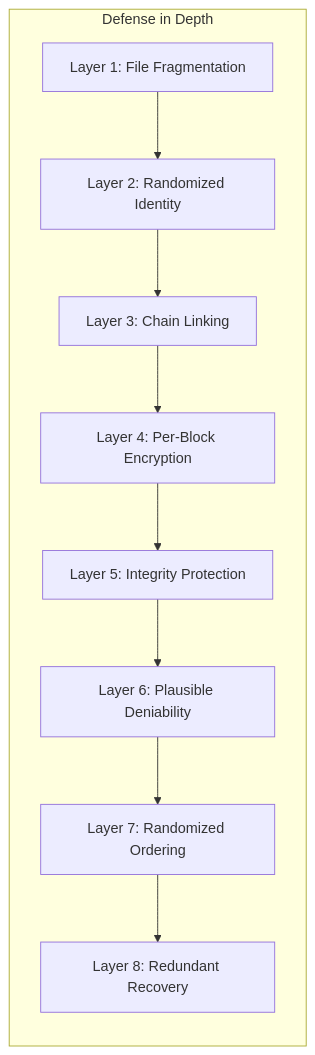
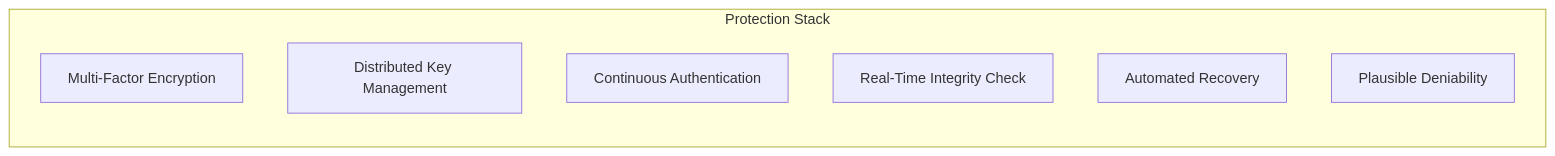
One commit to Thunder9954/Markush_FECS changed the second of 2 diagrams in README.md. Above: the diagram before and after it, drawn with Mermaid. The commit also changed other lines of this file, not shown here.

````diff
--- a/README.md
+++ b/README.md
@@ -117,21 +99,11 @@
 ```mermaid
 graph LR
-    subgraph "Defense in Depth"
-        L1[Layer 1: File Fragmentation]
-        L2[Layer 2: Randomized Identity]
-        L3[Layer 3: Chain Linking]
-        L4[Layer 4: Per-Block Encryption]
-        L5[Layer 5: Integrity Protection]
-        L6[Layer 6: Plausible Deniability]
-        L7[Layer 7: Randomized Ordering]
-        L8[Layer 8: Redundant Recovery]
+    subgraph "Protection Stack"
+        P1[Multi-Factor Encryption]
+        P2[Distributed Key Management]
+        P3[Continuous Authentication]
+        P4[Real-Time Integrity Check]
+        P5[Automated Recovery]
+        P6[Plausible Deniability]
     end
-    
-    L1 --> L2
-    L2 --> L3
-    L3 --> L4
-    L4 --> L5
-    L5 --> L6
-    L6 --> L7
-    L7 --> L8
 ```
````
